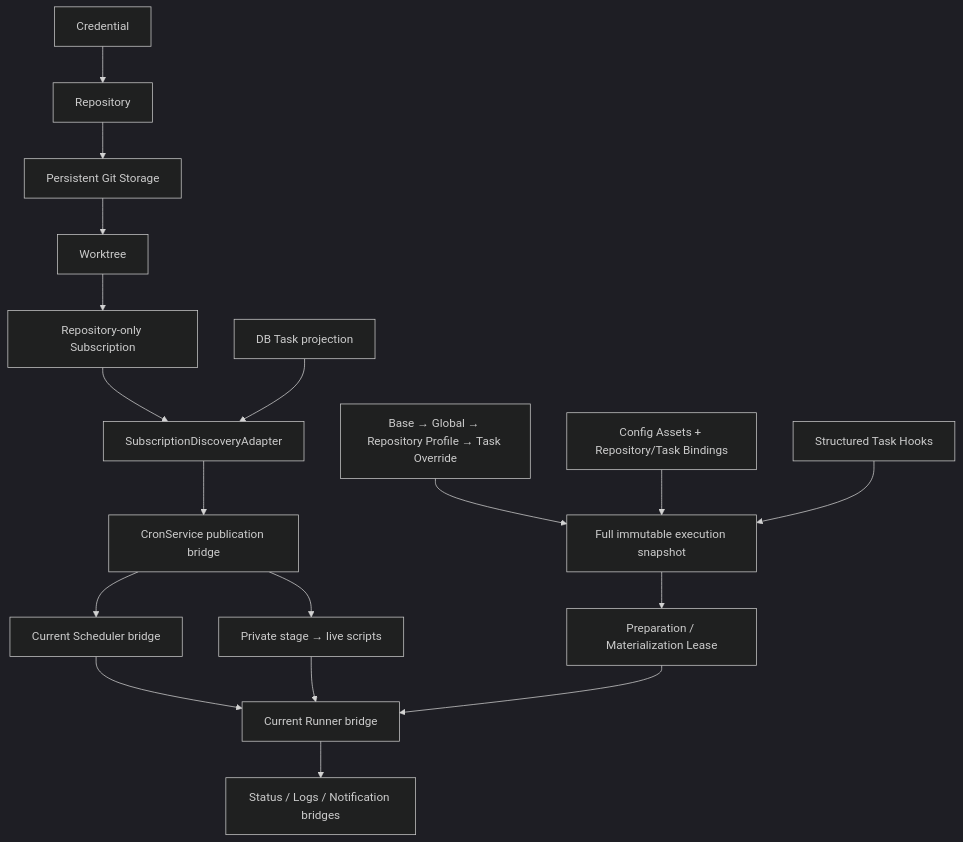
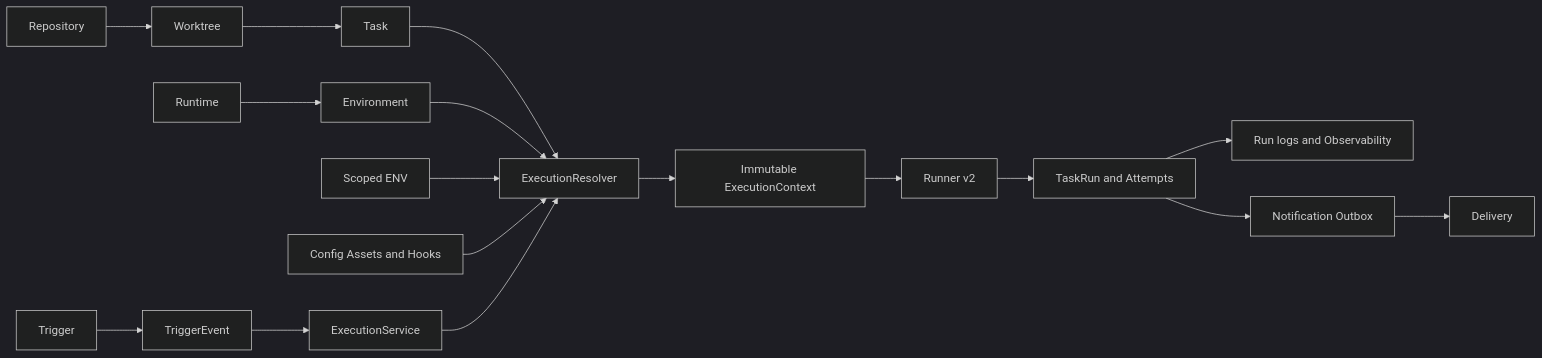
One commit to anysoft/qinglong changed the diagram in docs/architecture/00-platform-overview.md. Above: the diagram before and after it, drawn with Mermaid (dark theme). The commit also changed other lines of this file and 294 other files, not shown here.

````diff
--- a/docs/architecture/00-platform-overview.md
+++ b/docs/architecture/00-platform-overview.md
@@ -21,20 +7,19 @@
 ```mermaid
-flowchart TD
- C[Credential] --> R[Repository]
- R --> G[Persistent Git Storage]
- G --> W[Worktree]
- W --> S[Repository-only Subscription]
- S --> D[SubscriptionDiscoveryAdapter]
- DB[DB Task projection] --> D
- D --> P[CronService publication bridge]
- P --> ST[Private stage → live scripts]
- P --> SC[Current Scheduler bridge]
- SC --> RUN[Current Runner bridge]
- ST --> RUN
- ENV[Base → Global → Repository Profile → Task Override] --> SN[Full immutable execution snapshot]
- ASSET[Config Assets + Repository/Task Bindings] --> SN
- HOOK[Structured Task Hooks] --> SN
- SN --> PREP[Preparation / Materialization Lease]
- PREP --> RUN
- RUN --> LOG[Status / Logs / Notification bridges]
+flowchart LR
+  Repository --> Worktree
+  Worktree --> Task
+  Trigger --> Event[TriggerEvent]
+  Event --> Submit[ExecutionService]
+  Task --> Resolver[ExecutionResolver]
+  Runtime --> Environment
+  Environment --> Resolver
+  ENV[Scoped ENV] --> Resolver
+  Assets[Config Assets and Hooks] --> Resolver
+  Submit --> Resolver
+  Resolver --> Context[Immutable ExecutionContext]
+  Context --> Runner[Runner v2]
+  Runner --> Run[TaskRun and Attempts]
+  Run --> Logs[Run logs and Observability]
+  Run --> Outbox[Notification Outbox]
+  Outbox --> Delivery
 ```
````
